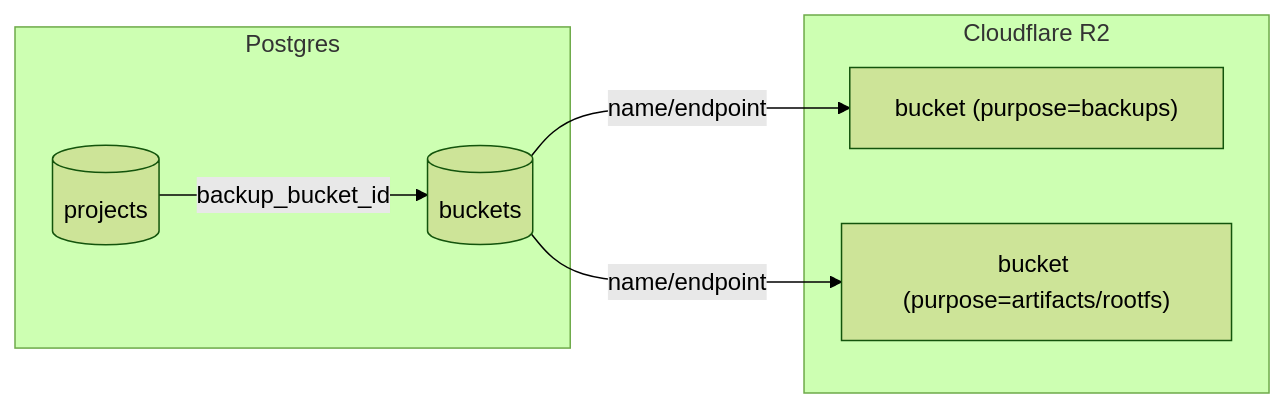
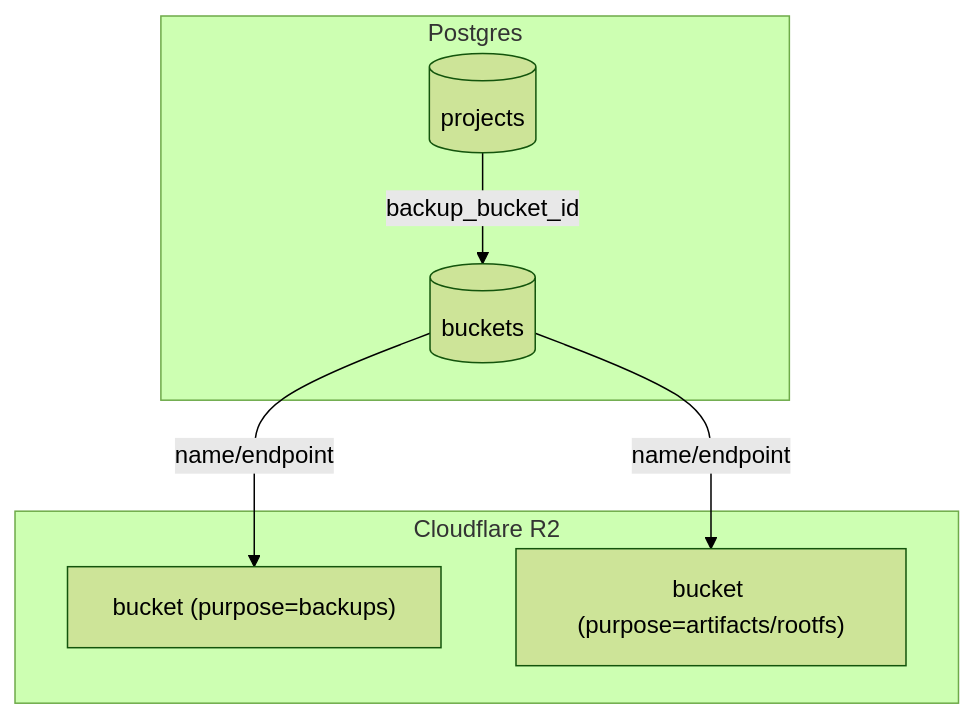
One commit to sagemathinc/cocalc changed the diagram in docs/buckets.md. Above: the diagram before and after it, drawn with Mermaid (forest theme). The commit also changed other lines of this file and 11 other files, not shown here.

````diff
--- a/docs/buckets.md
+++ b/docs/buckets.md
@@ -25,17 +25,17 @@
 ```mermaid
-flowchart LR
+flowchart TD
   subgraph DB[Postgres]
     Projects[(projects)]
     Buckets[(buckets)]
   end
 
   Projects -->|backup_bucket_id| Buckets
 
   subgraph R2[Cloudflare R2]
     BackupBuckets["bucket (purpose=backups)"]
     ArtifactBuckets["bucket (purpose=artifacts/rootfs)"]
   end
 
   Buckets -->|name/endpoint| BackupBuckets
   Buckets -->|name/endpoint| ArtifactBuckets
 ```
````
